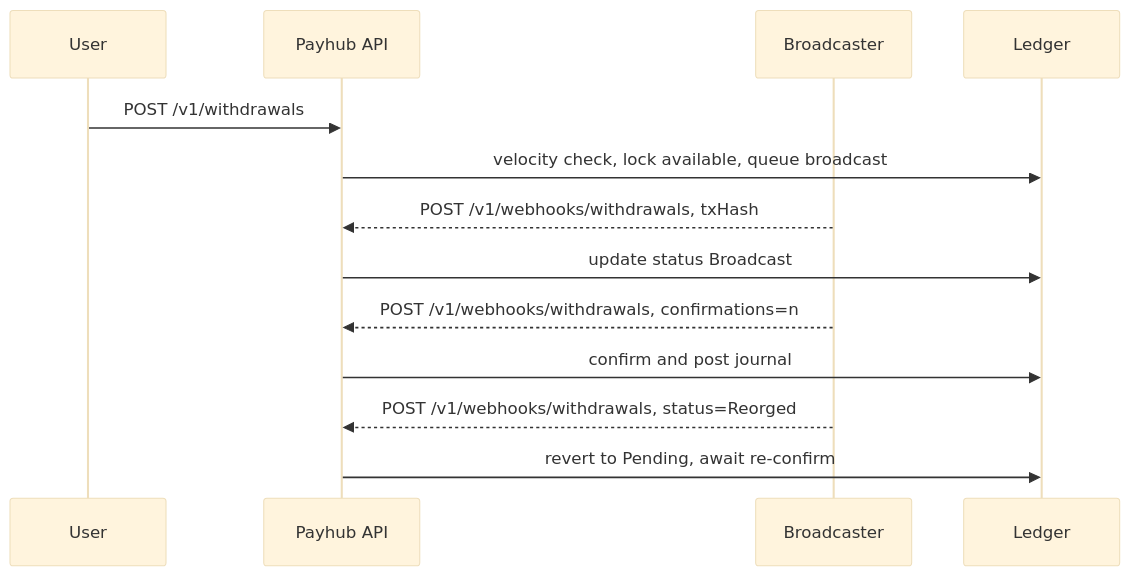
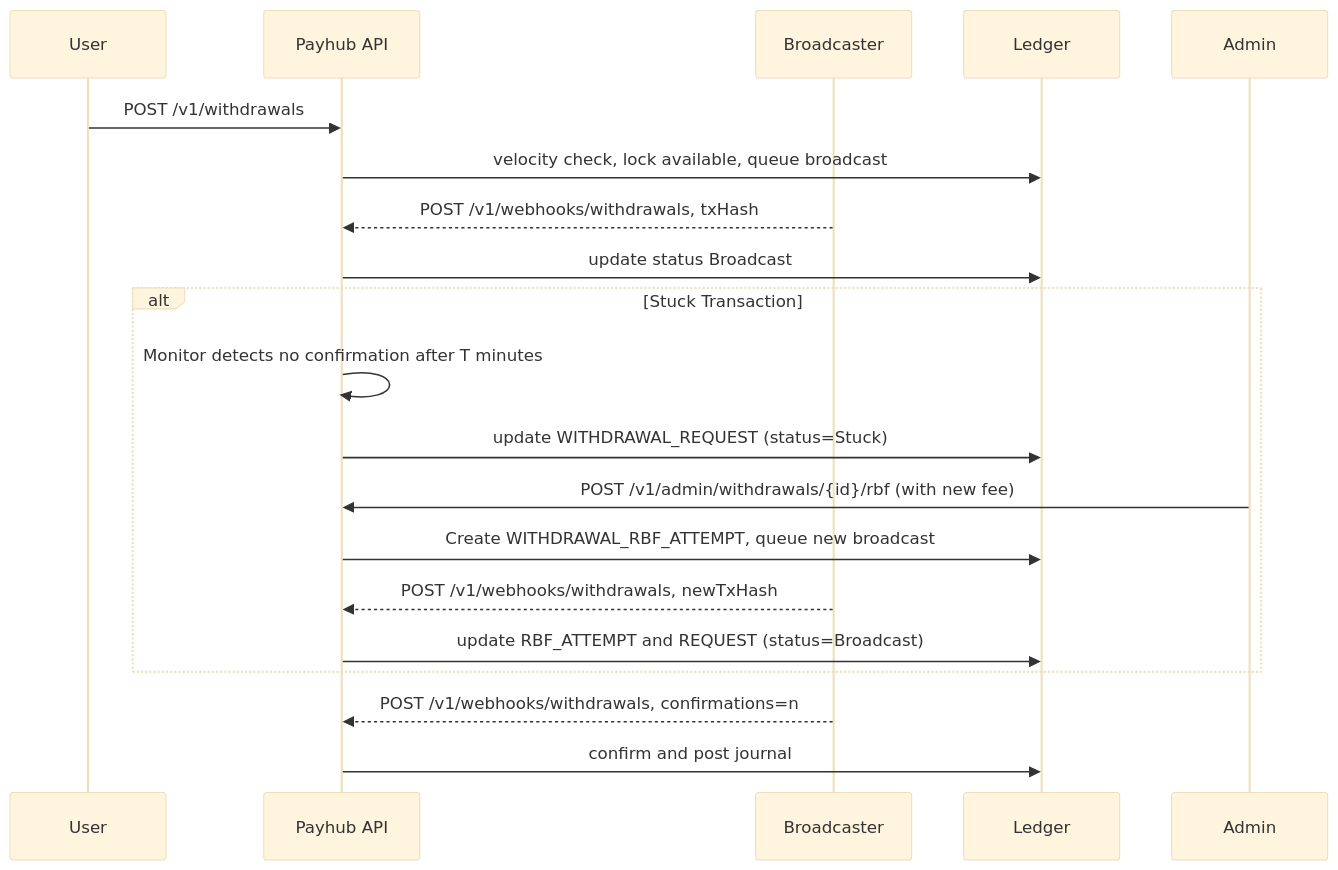
Before and after one commit to bkkac/tg-miniapp-payhub-service: the fifth of 7 diagrams in SystemDesign.md, drawn with Mermaid (base theme). The commit also changed other lines of this file, not shown here.

````diff
--- a/SystemDesign.md
+++ b/SystemDesign.md
@@ -1011,15 +1061,24 @@
 ```mermaid
 sequenceDiagram
   participant U as User
   participant PH as Payhub API
   participant B as Broadcaster
   participant DB as Ledger
+  participant ADM as Admin
   U->>PH: POST /v1/withdrawals
   PH->>DB: velocity check, lock available, queue broadcast
   B-->>PH: POST /v1/webhooks/withdrawals, txHash
   PH->>DB: update status Broadcast
+  
+  alt Stuck Transaction
+    PH->>PH: Monitor detects no confirmation after T minutes
+    PH->>DB: update WITHDRAWAL_REQUEST (status=Stuck)
+    ADM->>PH: POST /v1/admin/withdrawals/{id}/rbf (with new fee)
+    PH->>DB: Create WITHDRAWAL_RBF_ATTEMPT, queue new broadcast
+    B-->>PH: POST /v1/webhooks/withdrawals, newTxHash
+    PH->>DB: update RBF_ATTEMPT and REQUEST (status=Broadcast)
+  end
+
   B-->>PH: POST /v1/webhooks/withdrawals, confirmations=n
   PH->>DB: confirm and post journal
-  B-->>PH: POST /v1/webhooks/withdrawals, status=Reorged
-  PH->>DB: revert to Pending, await re-confirm
 ```
````
